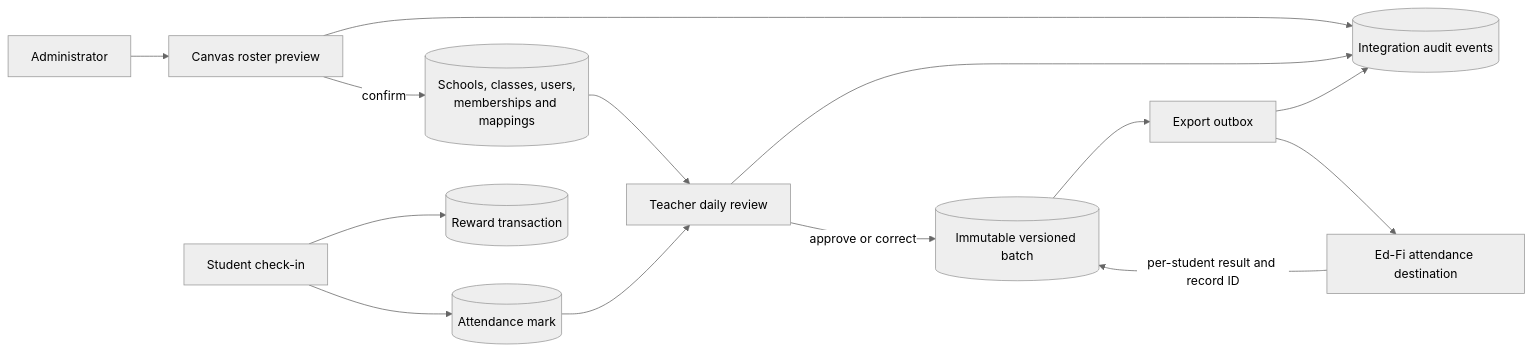
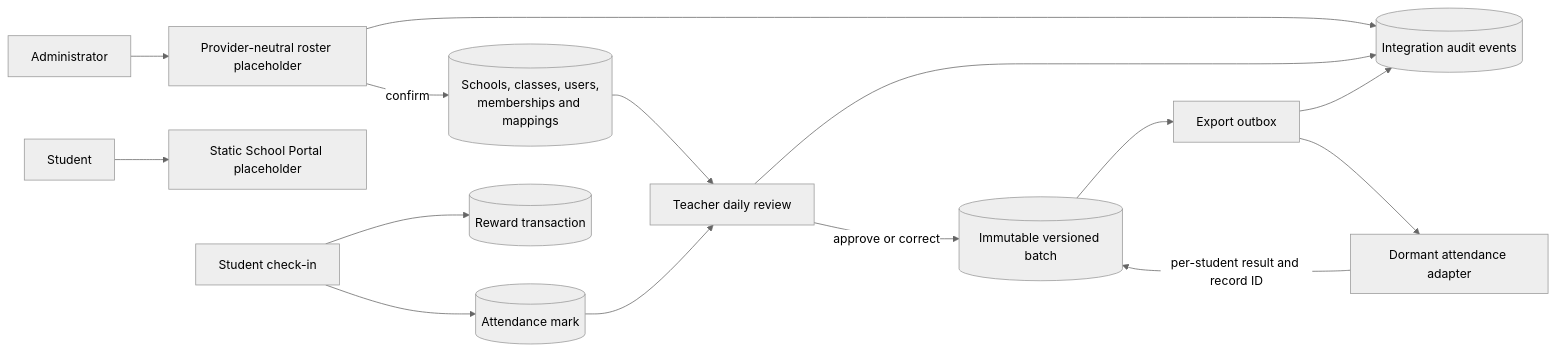
The diagram in docs/integrations.md (PeterGrunig/Attendance-HackDay), drawn with Mermaid (neutral theme) before and after one commit. The commit also changed other lines of this file and 27 other files, not shown here.

````diff
--- a/docs/integrations.md
+++ b/docs/integrations.md
@@ -28,16 +29,17 @@
 ```mermaid
 flowchart LR
-    CA[Administrator] --> CP[Canvas roster preview]
+    CA[Administrator] --> CP[Provider-neutral roster placeholder]
+    ST[Student] --> SP[Static School Portal placeholder]
     CP -->|confirm| R[(Schools, classes, users,\nmemberships and mappings)]
     SC[Student check-in] --> AM[(Attendance mark)]
     SC --> RW[(Reward transaction)]
     R --> TA[Teacher daily review]
     AM --> TA
     TA -->|approve or correct| AB[(Immutable versioned batch)]
     AB --> OB[Export outbox]
-    OB --> ED[Ed-Fi attendance destination]
+    OB --> ED[Dormant attendance adapter]
     ED -->|per-student result and record ID| AB
     CP --> AU[(Integration audit events)]
     TA --> AU
     OB --> AU
 ```
````
